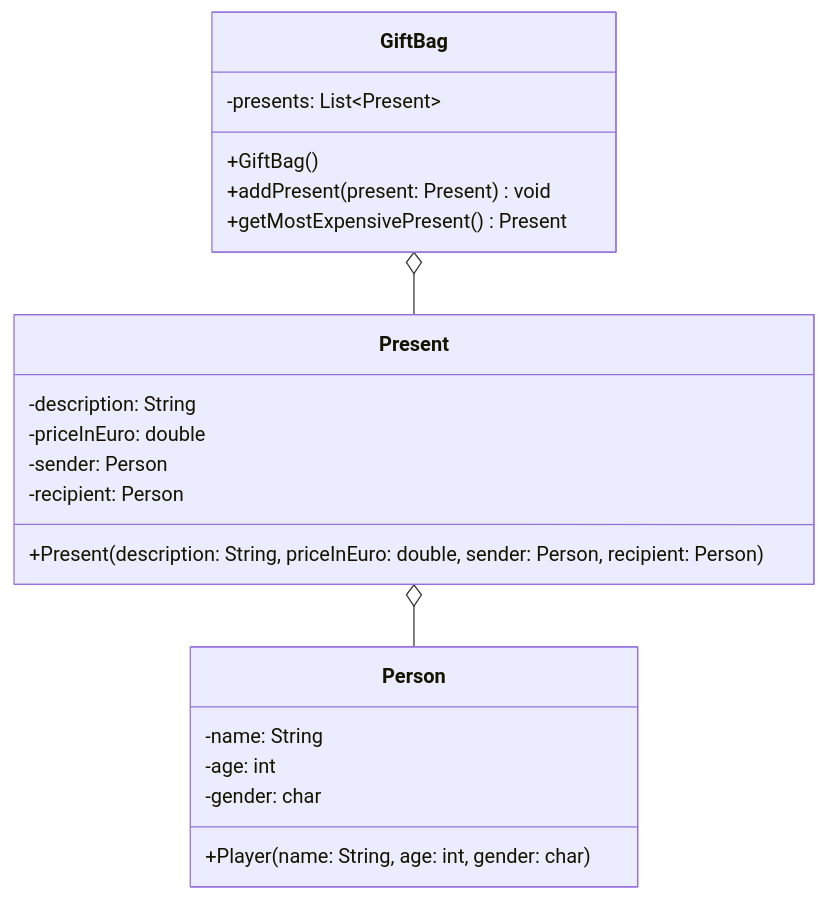
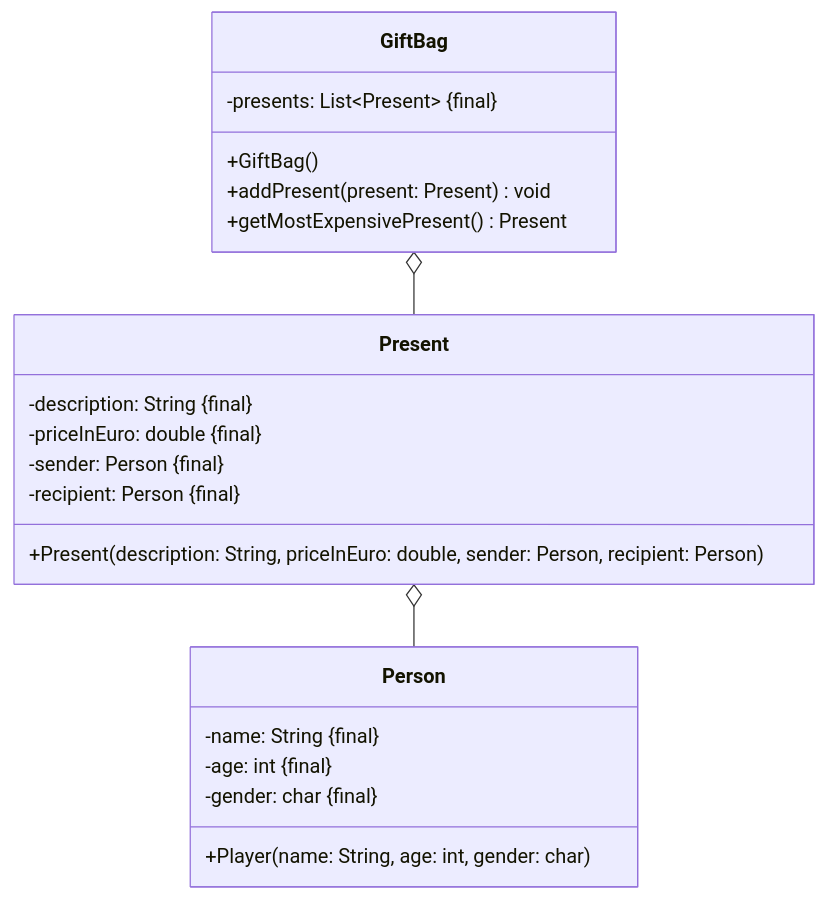
One commit to jappuccini/java-docs changed the diagram in docs/exam-exercises/exam-exercises-java1/gift-bag.md. Above: the diagram before and after it, drawn with Mermaid. The commit also changed 24 other files, not shown here.

````diff
--- a/docs/exam-exercises/exam-exercises-java1/gift-bag.md
+++ b/docs/exam-exercises/exam-exercises-java1/gift-bag.md
@@ -12,27 +12,27 @@
 ```mermaid
 classDiagram
     GiftBag o-- Present
     Present o-- Person
 
     class GiftBag {
-        -presents: List~Present~
+        -presents: List~Present~ &#123final&#125
         +GiftBag()
         +addPresent(present: Present) void
         +getMostExpensivePresent() Present
     }
 
     class Present {
-        -description: String
-        -priceInEuro: double
-        -sender: Person
-        -recipient: Person
+        -description: String &#123final&#125
+        -priceInEuro: double &#123final&#125
+        -sender: Person &#123final&#125
+        -recipient: Person &#123final&#125
         +Present(description: String, priceInEuro: double, sender: Person, recipient: Person)
     }
 
     class Person {
-        -name: String
-        -age: int
-        -gender: char
+        -name: String &#123final&#125
+        -age: int &#123final&#125
+        -gender: char &#123final&#125
         +Player(name: String, age: int, gender: char )
     }
 ```
````
